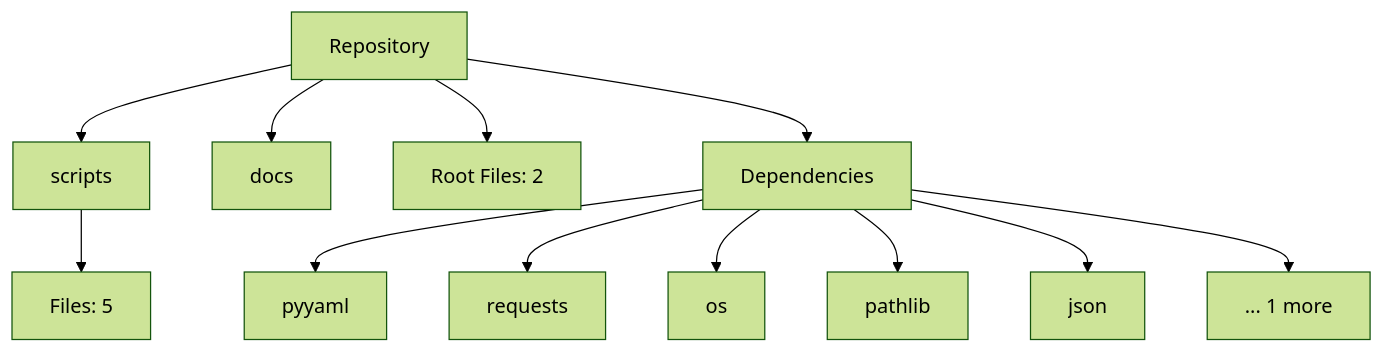
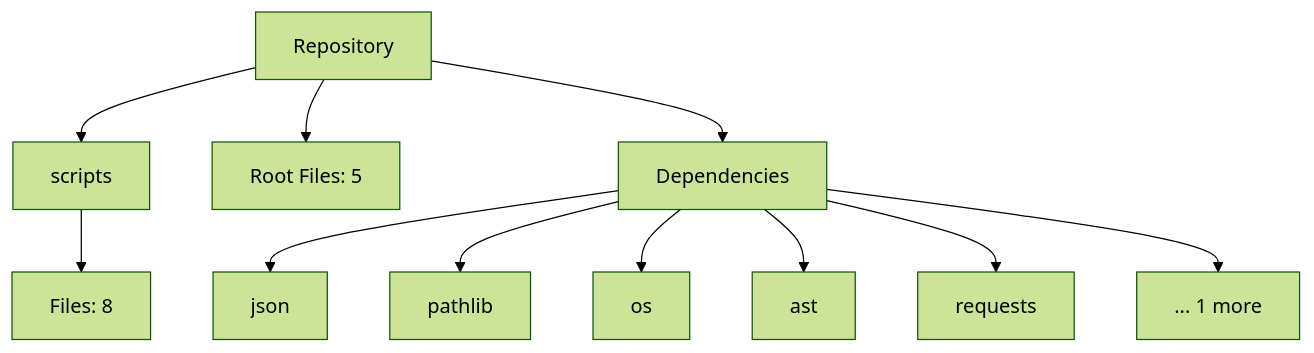
The diagram in README.md (NITISH-R-G/Smart-Task-Tracker-macOS-Dark-Edition-), drawn with Mermaid (forest theme) before and after one commit. The commit also changed other lines of this file and 5 other files, not shown here.

Commit message:
docs(auto): Automatically update repository architecture and README

````diff
--- a/README.md
+++ b/README.md
@@ -17,16 +17,15 @@
 ```mermaid
 graph TD
     Root[Repository]
     Root --> scripts[scripts]
-    scripts --> scripts_files[Files: 5]
-    Root --> docs[docs]
-    Root --> Root_files[Root Files: 2]
+    scripts --> scripts_files[Files: 8]
+    Root --> Root_files[Root Files: 5]
     Root --> Deps[Dependencies]
-    Deps --> pyyaml[pyyaml]
+    Deps --> json[json]
+    Deps --> pathlib[pathlib]
+    Deps --> os[os]
+    Deps --> ast[ast]
     Deps --> requests[requests]
-    Deps --> os[os]
-    Deps --> pathlib[pathlib]
-    Deps --> json[json]
     Deps --> MoreDeps[... 1 more]
 
 ```
````
